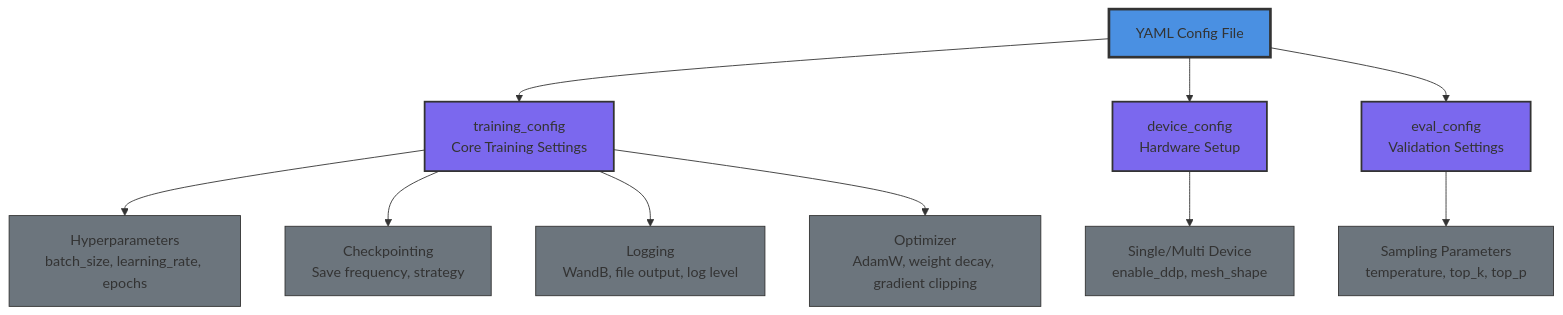
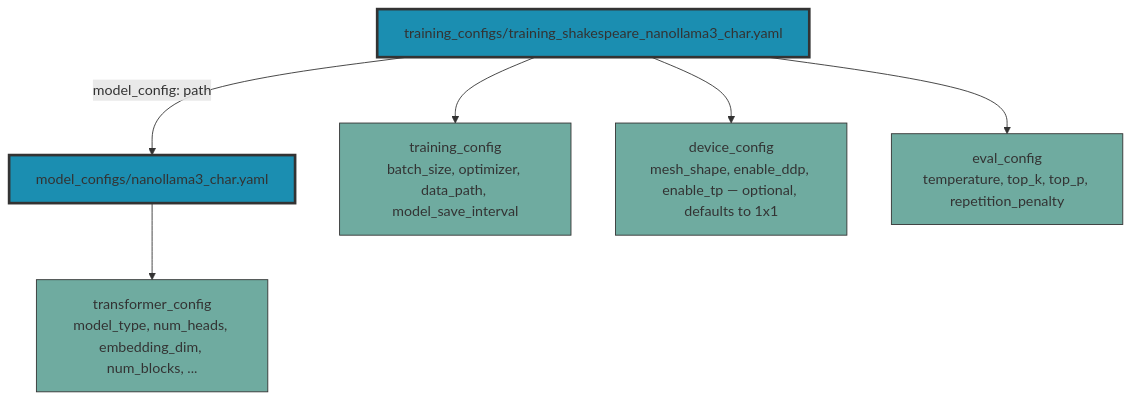
The diagram in content/lessons/ct3-configuration-patterns.md (tenstorrent/tt-vscode-toolkit), drawn with Mermaid before and after one commit. The commit also changed other lines of this file, not shown here.

Commit message:
docs(ct): re-author ct3 — real tt-train YAML configs (drop tt-blacksmith abstraction)

````diff
--- a/content/lessons/ct3-configuration-patterns.md
+++ b/content/lessons/ct3-configuration-patterns.md
@@ -71,26 +78,15 @@
 ```mermaid
 graph TD
-    A[YAML Config File] --> B[training_config<br/>Core Training Settings]
-    A --> C[device_config<br/>Hardware Setup]
-    A --> D[eval_config<br/>Validation Settings]
+    A[training_configs/training_shakespeare_nanollama3_char.yaml] -->|model_config: path| B[model_configs/nanollama3_char.yaml]
+    A --> C[training_config<br/>batch_size, optimizer, data_path, model_save_interval]
+    A --> D[device_config<br/>mesh_shape, enable_ddp, enable_tp — optional, defaults to 1x1]
+    A --> E[eval_config<br/>temperature, top_k, top_p, repetition_penalty]
+    B --> F[transformer_config<br/>model_type, num_heads, embedding_dim, num_blocks, ...]
 
-    B --> E[Hyperparameters<br/>batch_size, learning_rate, epochs]
-    B --> F[Checkpointing<br/>Save frequency, strategy]
-    B --> G[Logging<br/>WandB, file output, log level]
-    B --> H[Optimizer<br/>AdamW, weight decay, gradient clipping]
-
-    C --> I[Single/Multi Device<br/>enable_ddp, mesh_shape]
-
-    D --> J[Sampling Parameters<br/>temperature, top_k, top_p]
-
-    style A fill:#4A90E2,stroke:#333,stroke-width:3px
-    style B fill:#7B68EE,stroke:#333,stroke-width:2px
-    style C fill:#7B68EE,stroke:#333,stroke-width:2px
-    style D fill:#7B68EE,stroke:#333,stroke-width:2px
-    style E fill:#6C757D,stroke:#333,stroke-width:1px
-    style F fill:#6C757D,stroke:#333,stroke-width:1px
-    style G fill:#6C757D,stroke:#333,stroke-width:1px
-    style H fill:#6C757D,stroke:#333,stroke-width:1px
-    style I fill:#6C757D,stroke:#333,stroke-width:1px
-    style J fill:#6C757D,stroke:#333,stroke-width:1px
+    style A fill:#1B8EB1,stroke:#333,stroke-width:3px
+    style B fill:#1B8EB1,stroke:#333,stroke-width:3px
+    style C fill:#6FABA0,stroke:#333,stroke-width:1px
+    style D fill:#6FABA0,stroke:#333,stroke-width:1px
+    style E fill:#6FABA0,stroke:#333,stroke-width:1px
+    style F fill:#6FABA0,stroke:#333,stroke-width:1px
 ```
````
